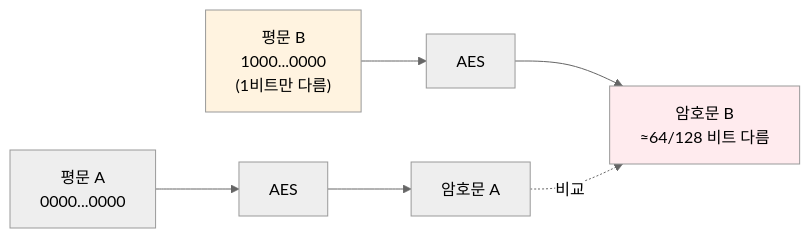
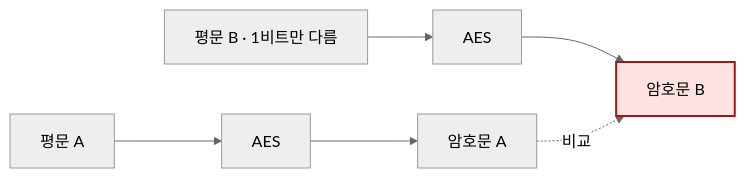
Before and after one commit to KMUTMU/information-security: the fifth of 12 diagrams in 02_대칭키암호_정리.md, drawn with Mermaid (neutral theme). The commit also changed other lines of this file and 5 other files, not shown here.

Commit message:
Mermaid 다이어그램 가독성 개선: 짧은 라벨·이모지 제거·색상 최소화

````diff
--- a/02_대칭키암호_정리.md
+++ b/02_대칭키암호_정리.md
@@ -150,10 +138,8 @@
 ```mermaid
 flowchart LR
-    P1["평문 A<br/>0000...0000"] --> E1["AES"]
-    P2["평문 B<br/>1000...0000<br/>(1비트만 다름)"] --> E2["AES"]
-    E1 --> C1["암호문 A"]
-    E2 --> C2["암호문 B<br/>≈64/128 비트 다름"]
+    P1["평문 A"] --> E1["AES"] --> C1["암호문 A"]
+    P2["평문 B · 1비트만 다름"] --> E2["AES"] --> C2["암호문 B"]
     C1 -.비교.-> C2
-    style P2 fill:#fff3e0
-    style C2 fill:#ffebee
+    classDef key fill:#fee2e2,stroke:#991b1b,stroke-width:2px
+    class C2 key
 ```
````
